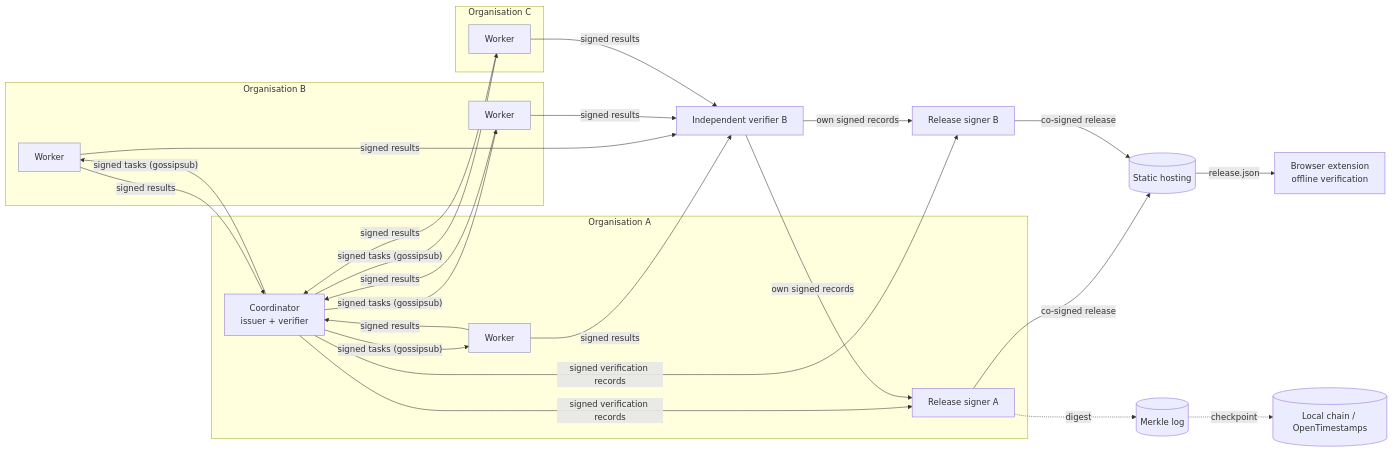
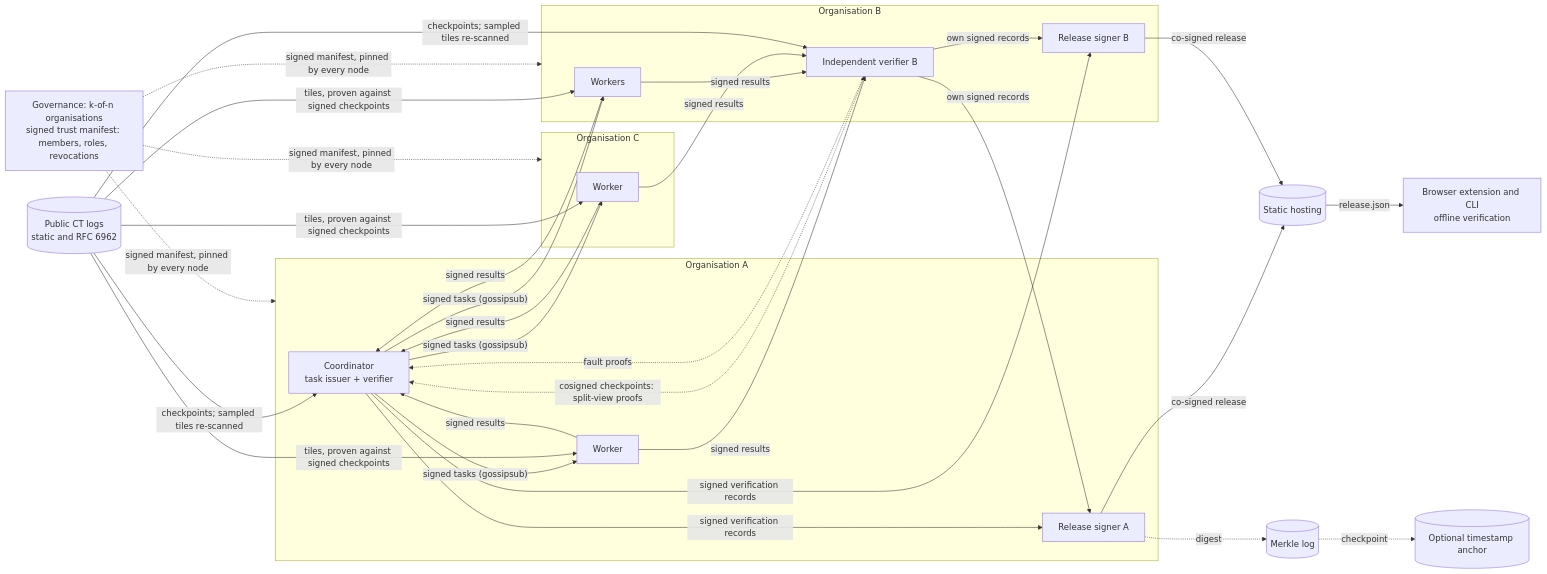
The first of 2 diagrams in README.md (BAder82t/CyberMesh), drawn with Mermaid before and after one commit. The commit also changed other lines of this file and 1 other file, not shown here.

Commit message:
docs: show the implemented architecture and the planned exploration separately (#38)
The README diagram showed only the original threat-intelligence flow. It
now shows what v0.3.5 implements: governance and its signed manifest,
three organisations with their own workers, verifier and release signer,
public CT logs (static and classic) with witnessing and split-view
proofs, fault proofs, and offline verification of co-signed releases.

A second, small diagram labels the continuity exploration as planned and
not implemented, a separate track after the CT evaluation.

architecture.md no longer calls DomainRiskAssessment the only task kind,
and says CT workers read classic RFC 6962 logs too.

````diff
--- a/README.md
+++ b/README.md
@@ -55,25 +57,30 @@
 ```mermaid
 flowchart LR
+  GOV["Governance: k-of-n organisations<br/>signed trust manifest: members, roles, revocations"]
+  CT[("Public CT logs<br/>static and RFC 6962")]
+  subgraph OrgA[Organisation A]
+    C["Coordinator<br/>task issuer + verifier"]
+    WA[Worker]
+    RA[Release signer A]
+  end
   subgraph OrgB[Organisation B]
-    WB1[Worker]:::w
-    WB2[Worker]:::w
+    WB[Workers]
+    VB[Independent verifier B]
+    RB[Release signer B]
   end
   subgraph OrgC[Organisation C]
-    WC[Worker]:::w
+    WC[Worker]
   end
-  subgraph OrgA[Organisation A]
-    C[Coordinator<br/>issuer + verifier]
-    WA[Worker]:::w
-    RA[Release signer A]
-  end
-  RB[Release signer B]
-  VB[Independent verifier B]
-  C -- signed tasks (gossipsub) --> WA & WB1 & WB2 & WC
-  WA & WB1 & WB2 & WC -- signed results --> C & VB
-  C -- signed verification records --> RA & RB
-  VB -- own signed records --> RA & RB
-  RA & RB -- co-signed release --> CDN[(Static hosting)]
-  CDN -- release.json --> EXT[Browser extension<br/>offline verification]
-  RA -. digest .-> LOG[(Merkle log)] -. checkpoint .-> ANCHOR[(Local chain / OpenTimestamps)]
-  classDef w fill:#eef,stroke:#88a
+  GOV -. "signed manifest, pinned by every node" .-> OrgA & OrgB & OrgC
+  C -- "signed tasks (gossipsub)" --> WA & WB & WC
+  WA & WB & WC -- "signed results" --> C & VB
+  CT -- "tiles, proven against signed checkpoints" --> WA & WB & WC
+  CT -- "checkpoints; sampled tiles re-scanned" --> C & VB
+  C <-. "cosigned checkpoints: split-view proofs" .-> VB
+  VB -. "fault proofs" .-> C
+  C -- "signed verification records" --> RA & RB
+  VB -- "own signed records" --> RA & RB
+  RA & RB -- "co-signed release" --> HOST[(Static hosting)]
+  HOST -- "release.json" --> EXT["Browser extension and CLI<br/>offline verification"]
+  RA -. digest .-> LOG[(Merkle log)] -. checkpoint .-> ANCHOR[(Optional timestamp anchor)]
 ```
````
